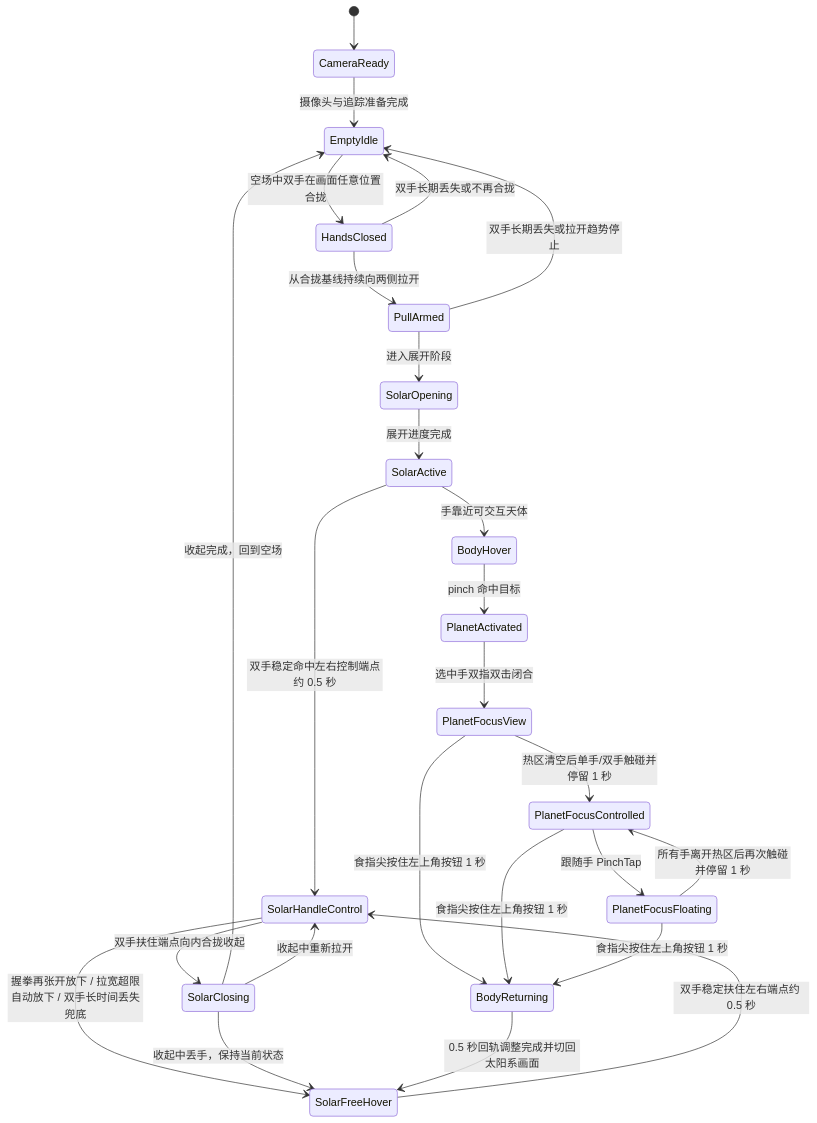
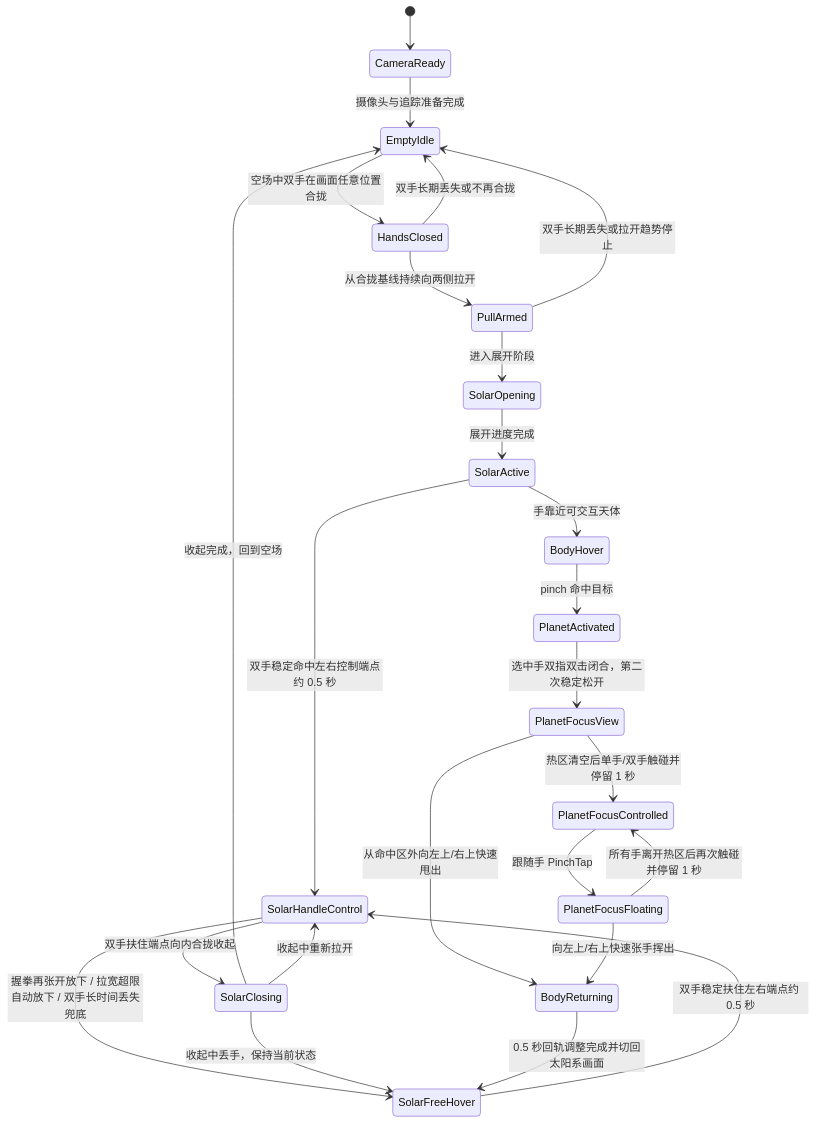
One commit to redcheeks666/ar-solar-system-demo changed the diagram in ar_solar_system_prd.md. Above: the diagram before and after it, drawn with Mermaid. The commit also changed other lines of this file and 54 other files, not shown here.

````diff
--- a/ar_solar_system_prd.md
+++ b/ar_solar_system_prd.md
@@ -252,28 +253,27 @@
 ```mermaid
 stateDiagram-v2
     [*] --> CameraReady
     CameraReady --> EmptyIdle: 摄像头与追踪准备完成
     EmptyIdle --> HandsClosed: 空场中双手在画面任意位置合拢
     HandsClosed --> PullArmed: 从合拢基线持续向两侧拉开
     HandsClosed --> EmptyIdle: 双手长期丢失或不再合拢
     PullArmed --> EmptyIdle: 双手长期丢失或拉开趋势停止
     PullArmed --> SolarOpening: 进入展开阶段
     SolarOpening --> SolarActive: 展开进度完成
     SolarActive --> SolarHandleControl: 双手稳定命中左右控制端点约 0.5 秒
     SolarFreeHover --> SolarHandleControl: 双手稳定扶住左右端点约 0.5 秒
     SolarHandleControl --> SolarFreeHover: 握拳再张开放下 / 拉宽超限自动放下 / 双手长时间丢失兜底
     SolarHandleControl --> SolarClosing: 双手扶住端点向内合拢收起
     SolarClosing --> EmptyIdle: 收起完成，回到空场
     SolarClosing --> SolarHandleControl: 收起中重新拉开
     SolarClosing --> SolarFreeHover: 收起中丢手，保持当前状态
     SolarActive --> BodyHover: 手靠近可交互天体
     BodyHover --> PlanetActivated: pinch 命中目标
-    PlanetActivated --> PlanetFocusView: 选中手双指双击闭合
+    PlanetActivated --> PlanetFocusView: 选中手双指双击闭合，第二次稳定松开
     PlanetFocusView --> PlanetFocusControlled: 热区清空后单手/双手触碰并停留 1 秒
+    PlanetFocusView --> BodyReturning: 从命中区外向左上/右上快速甩出
     PlanetFocusControlled --> PlanetFocusFloating: 跟随手 PinchTap
     PlanetFocusFloating --> PlanetFocusControlled: 所有手离开热区后再次触碰并停留 1 秒
-    PlanetFocusView --> BodyReturning: 食指尖按住左上角按钮 1 秒
-    PlanetFocusControlled --> BodyReturning: 食指尖按住左上角按钮 1 秒
-    PlanetFocusFloating --> BodyReturning: 食指尖按住左上角按钮 1 秒
+    PlanetFocusFloating --> BodyReturning: 向左上/右上快速张手挥出
     BodyReturning --> SolarFreeHover: 0.5 秒回轨调整完成并切回太阳系画面
 ```
````
